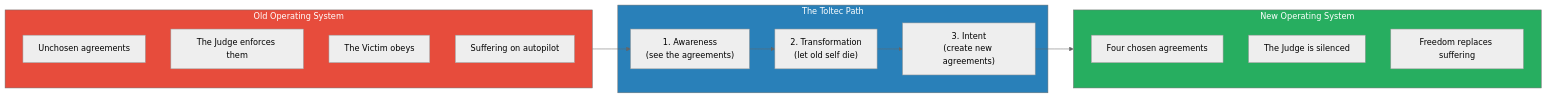
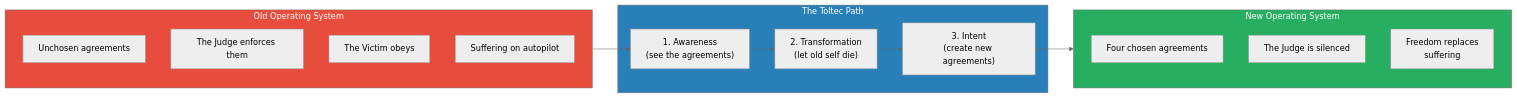
One commit to alius33/reader changed the seventh of 7 diagrams in summaries/Mindset & Self-Mastery/The Four Agreements - Don Miguel Ruiz.md. Above: the diagram before and after it, drawn with Mermaid (neutral theme). The commit also changed other lines of this file and 272 other files, not shown here.

````diff
--- a/summaries/Mindset & Self-Mastery/The Four Agreements - Don Miguel Ruiz.md
+++ b/summaries/Mindset & Self-Mastery/The Four Agreements - Don Miguel Ruiz.md
@@ -666,26 +786,26 @@
 ```mermaid
 flowchart LR
     subgraph OLD ["Old Operating System"]
         A1["Unchosen agreements"]
         A2["The Judge enforces them"]
         A3["The Victim obeys"]
         A4["Suffering on autopilot"]
     end
     subgraph PATH ["The Toltec Path"]
-        B1["1. Awareness\n(see the agreements)"]
-        B2["2. Transformation\n(let old self die)"]
-        B3["3. Intent\n(create new agreements)"]
+        B1["1. Awareness<br>(see the agreements)"]
+        B2["2. Transformation<br>(let old self die)"]
+        B3["3. Intent<br>(create new agreements)"]
     end
     subgraph NEW ["New Operating System"]
         C1["Four chosen agreements"]
         C2["The Judge is silenced"]
-        C3["Freedom replaces suffering"]
+        C3["Freedom replaces<br>suffering"]
     end
     OLD --> B1
     B1 --> B2
     B2 --> B3
     B3 --> NEW
     style OLD fill:#e74c3c,color:#fff
     style NEW fill:#27ae60,color:#fff
     style PATH fill:#2980b9,color:#fff
 ```
````
